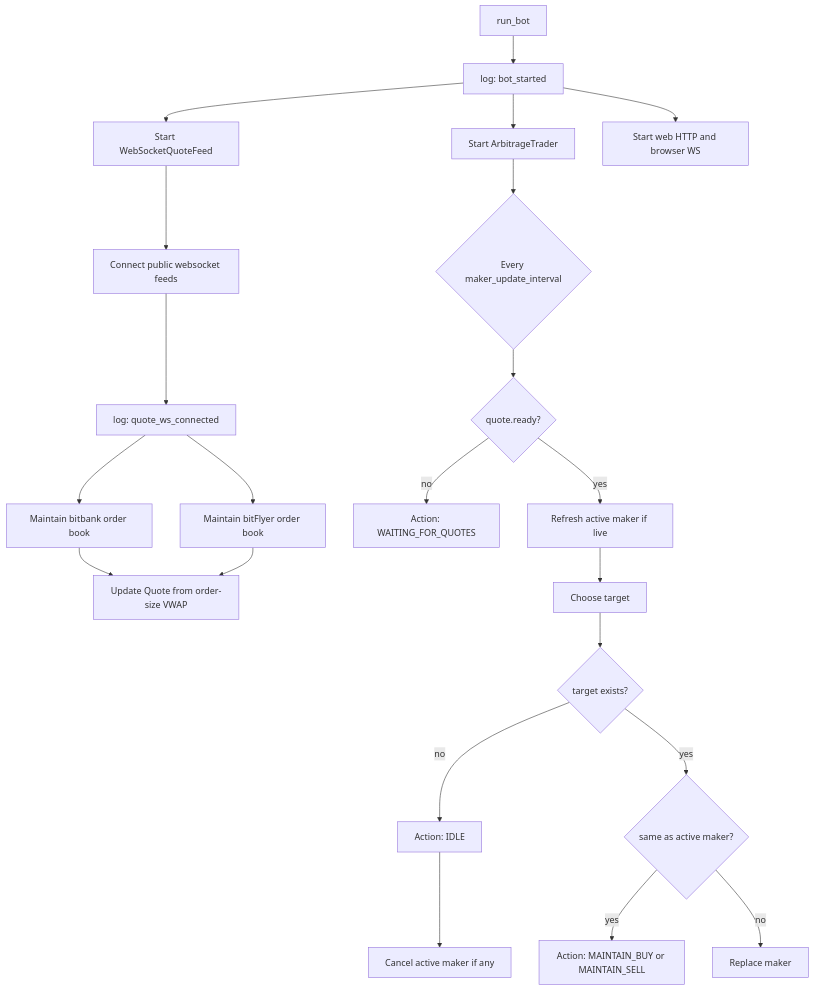
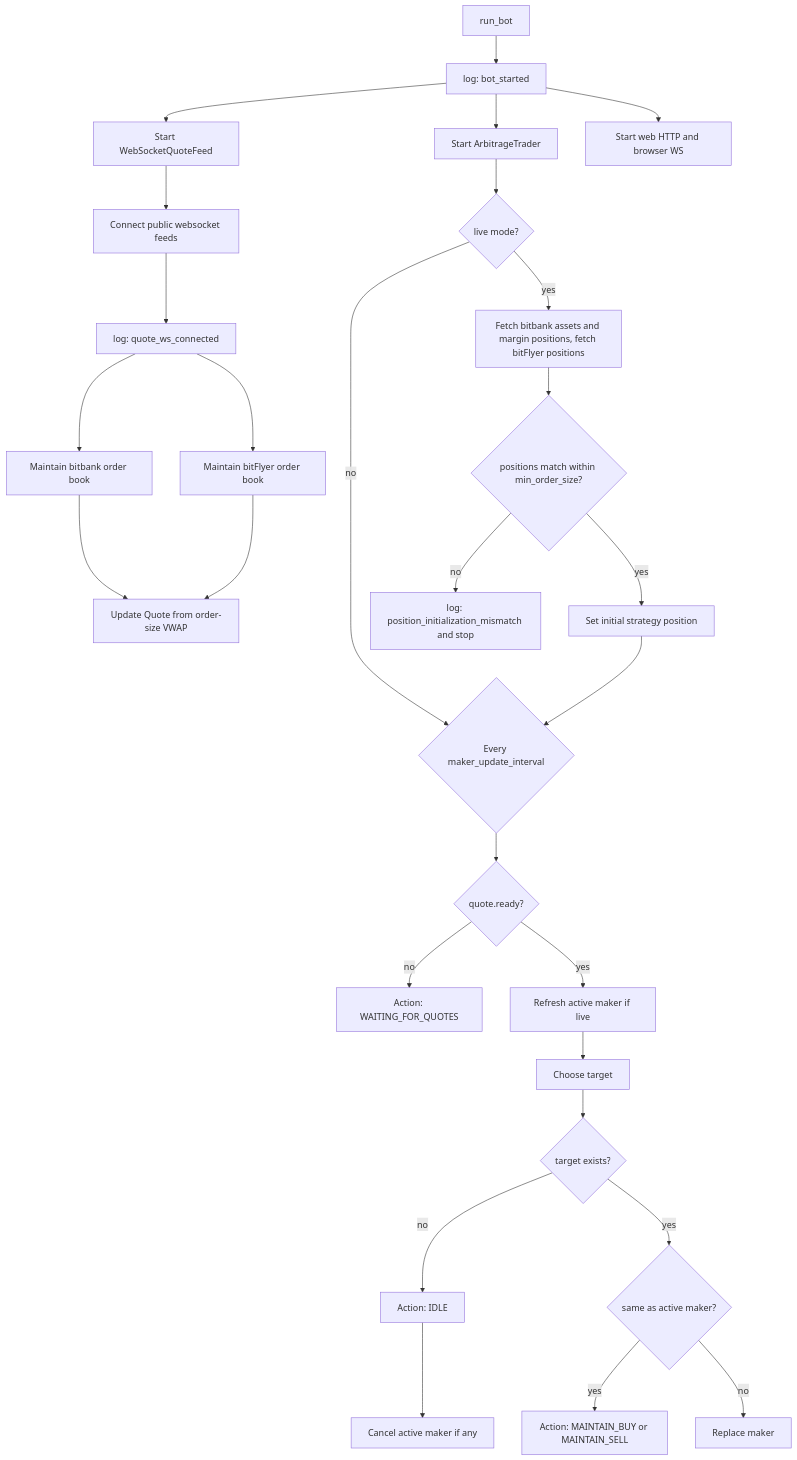
Before and after one commit to 00ken00/vibe_bot: the first of 7 diagrams in src/vibe_bot/trades/flowchart.md, drawn with Mermaid. The commit also changed 1 other file, not shown here.

````diff
--- a/src/vibe_bot/trades/flowchart.md
+++ b/src/vibe_bot/trades/flowchart.md
@@ -5,26 +5,32 @@
 ```mermaid
 flowchart TD
     A[run_bot] --> L1[log: bot_started]
     L1 --> QF[Start WebSocketQuoteFeed]
     L1 --> TR[Start ArbitrageTrader]
     L1 --> WEB[Start web HTTP and browser WS]
 
     QF --> QW[Connect public websocket feeds]
     QW --> QWL[log: quote_ws_connected]
     QWL --> QB[Maintain bitbank order book]
     QWL --> BF[Maintain bitFlyer order book]
     QB --> QP[Update Quote from order-size VWAP]
     BF --> QP
 
-    TR --> TICK{Every maker_update_interval}
+    TR --> MODE{"live mode?"}
+    MODE -- no --> TICK{Every maker_update_interval}
+    MODE -- yes --> INIT[Fetch bitbank assets and margin positions, fetch bitFlyer positions]
+    INIT --> CHECK{"positions match within min_order_size?"}
+    CHECK -- no --> FAIL[log: position_initialization_mismatch and stop]
+    CHECK -- yes --> SETPOS[Set initial strategy position]
+    SETPOS --> TICK
     TICK --> READY{"quote.ready?"}
     READY -- no --> WAIT[Action: WAITING_FOR_QUOTES]
     READY -- yes --> REFRESH[Refresh active maker if live]
     REFRESH --> TARGET[Choose target]
     TARGET --> HAS{"target exists?"}
     HAS -- no --> IDLE[Action: IDLE]
     IDLE --> CANCEL0[Cancel active maker if any]
     HAS -- yes --> SAME{"same as active maker?"}
     SAME -- yes --> MAINTAIN[Action: MAINTAIN_BUY or MAINTAIN_SELL]
     SAME -- no --> REPLACE[Replace maker]
 ```
````
